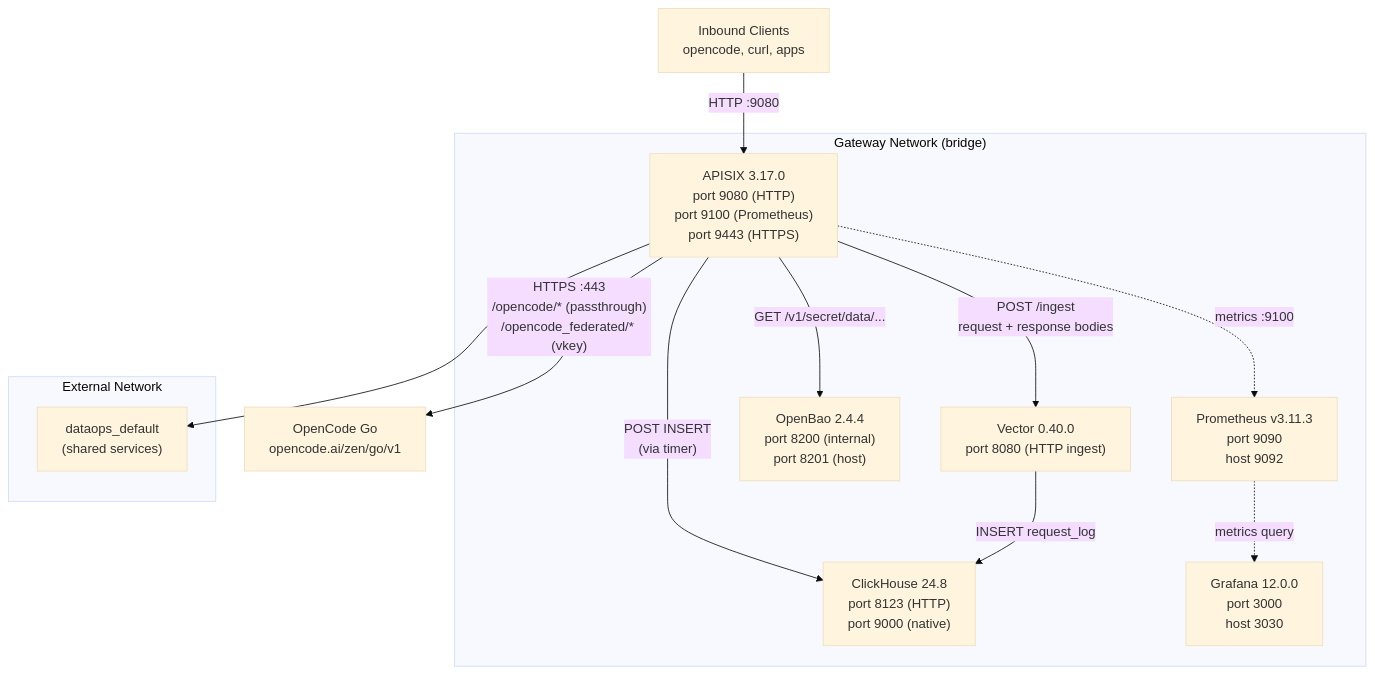
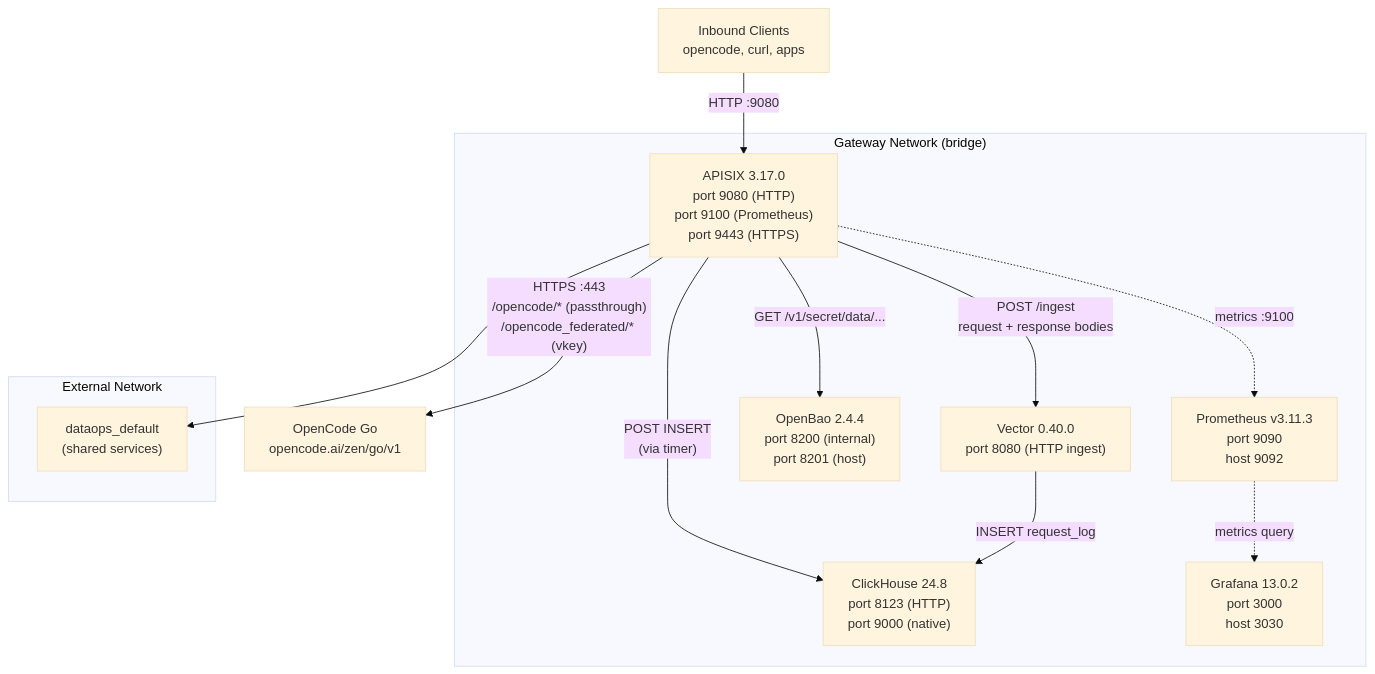
One commit to Independent-AI-Labs/WORKSPACE-GATEWAY changed the first of 16 diagrams in docs/ARCHITECTURE.md. Above: the diagram before and after it, drawn with Mermaid (base theme). The commit also changed other lines of this file and 26 other files, not shown here.

````diff
--- a/docs/ARCHITECTURE.md
+++ b/docs/ARCHITECTURE.md
@@ -31,25 +33,25 @@
 ```mermaid
 graph TB
     subgraph "Gateway Network (bridge)"
         APISIX["APISIX 3.17.0<br/>port 9080 (HTTP)<br/>port 9100 (Prometheus)<br/>port 9443 (HTTPS)"]
         VECTOR["Vector 0.40.0<br/>port 8080 (HTTP ingest)"]
         CLICKHOUSE["ClickHouse 24.8<br/>port 8123 (HTTP)<br/>port 9000 (native)"]
         OPENBAO["OpenBao 2.4.4<br/>port 8200 (internal)<br/>port 8201 (host)"]
         PROM["Prometheus v3.11.3<br/>port 9090<br/>host 9092"]
-        GRAFANA["Grafana 12.0.0<br/>port 3000<br/>host 3030"]
+        GRAFANA["Grafana 13.0.2<br/>port 3000<br/>host 3030"]
     end
 
     subgraph "External Network"
         DATAOPS["dataops_default<br/>(shared services)"]
     end
 
     CLIENT["Inbound Clients<br/>opencode, curl, apps"] -->|HTTP :9080| APISIX
     APISIX -->|"HTTPS :443<br/>/opencode/* (passthrough)<br/>/opencode_federated/* (vkey)"| GO["OpenCode Go<br/>opencode.ai/zen/go/v1"]
     APISIX -->|"POST /ingest<br/>request + response bodies"| VECTOR
     APISIX -->|"GET /v1/secret/data/..."| OPENBAO
     APISIX -->|"POST INSERT<br/>(via timer)"| CLICKHOUSE
     VECTOR -->|"INSERT request_log"| CLICKHOUSE
     APISIX -.->|"metrics :9100"| PROM
     PROM -.->|"metrics query"| GRAFANA
     APISIX --> DATAOPS
 ```
````
